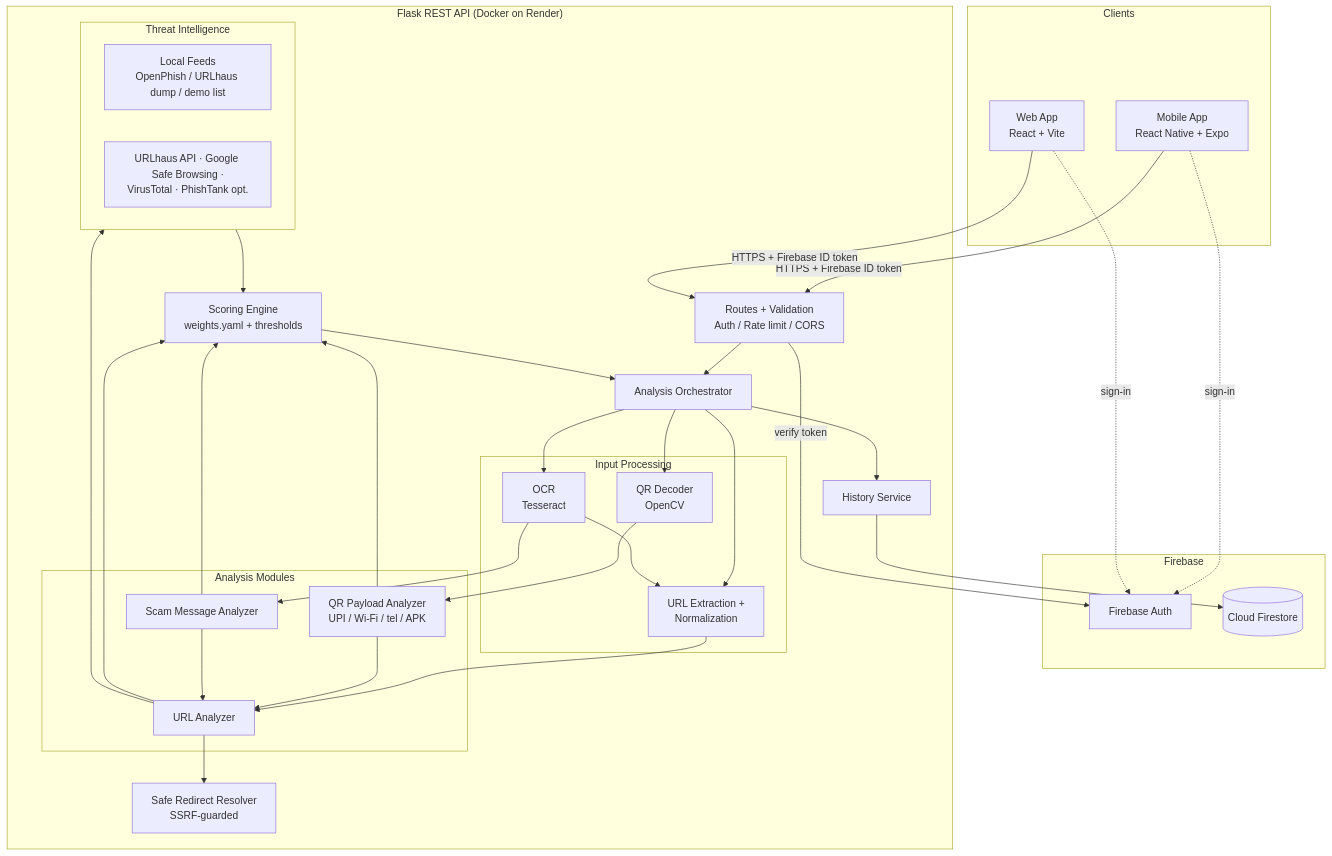
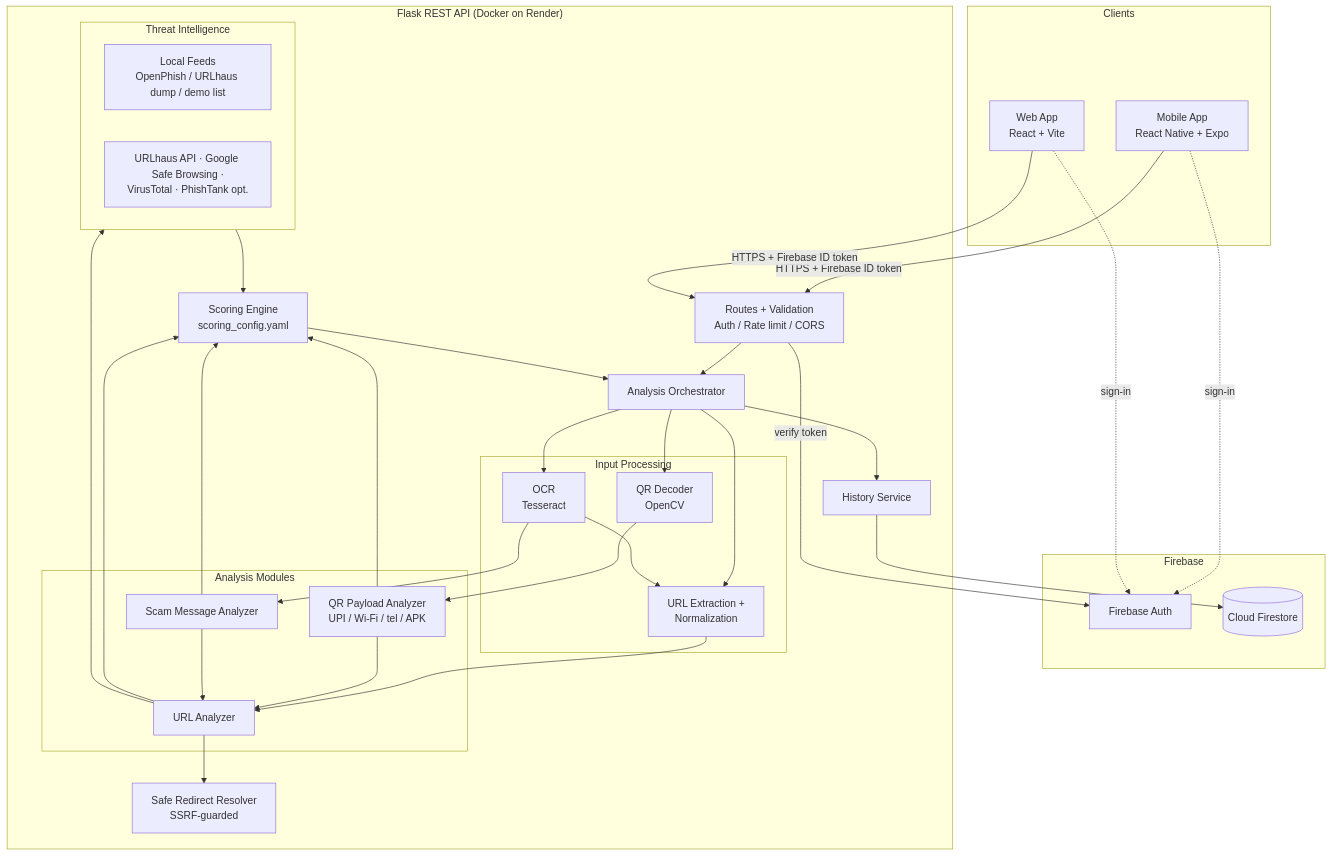
The first of 4 diagrams in docs/architecture.md (Spandan314/QRGUARD), drawn with Mermaid before and after one commit. The commit also changed other lines of this file and 48 other files, not shown here.

````diff
--- a/docs/architecture.md
+++ b/docs/architecture.md
@@ -26,52 +26,52 @@
 ```mermaid
 flowchart TB
   subgraph Clients
     M[Mobile App<br/>React Native + Expo]
     W[Web App<br/>React + Vite]
   end
 
   subgraph Firebase
     FA[Firebase Auth]
     FS[(Cloud Firestore)]
   end
 
   subgraph Backend["Flask REST API (Docker on Render)"]
     GW[Routes + Validation<br/>Auth / Rate limit / CORS]
     ORCH[Analysis Orchestrator]
     subgraph IP[Input Processing]
       QD[QR Decoder<br/>OpenCV]
       OCR[OCR<br/>Tesseract]
       UN[URL Extraction +<br/>Normalization]
     end
     subgraph AM[Analysis Modules]
       UA[URL Analyzer]
       QA[QR Payload Analyzer<br/>UPI / Wi-Fi / tel / APK]
       MA[Scam Message Analyzer]
     end
     subgraph TI[Threat Intelligence]
       LF[Local Feeds<br/>OpenPhish / URLhaus dump / demo list]
       API[URLhaus API · Google Safe Browsing ·<br/>VirusTotal · PhishTank opt.]
     end
     RR[Safe Redirect Resolver<br/>SSRF-guarded]
-    SE[Scoring Engine<br/>weights.yaml + thresholds]
+    SE[Scoring Engine<br/>scoring_config.yaml]
     HS[History Service]
   end
 
   M -- "HTTPS + Firebase ID token" --> GW
   W -- "HTTPS + Firebase ID token" --> GW
   M -. sign-in .-> FA
   W -. sign-in .-> FA
   GW --> ORCH
   ORCH --> QD & OCR & UN
   UN --> UA
   QD --> QA
   OCR --> MA & UN
   QA --> UA
   MA --> UA
   UA --> RR
   UA --> TI
   UA & QA & MA & TI --> SE
   SE --> ORCH
   ORCH --> HS --> FS
   GW -- verify token --> FA
 ```
````
